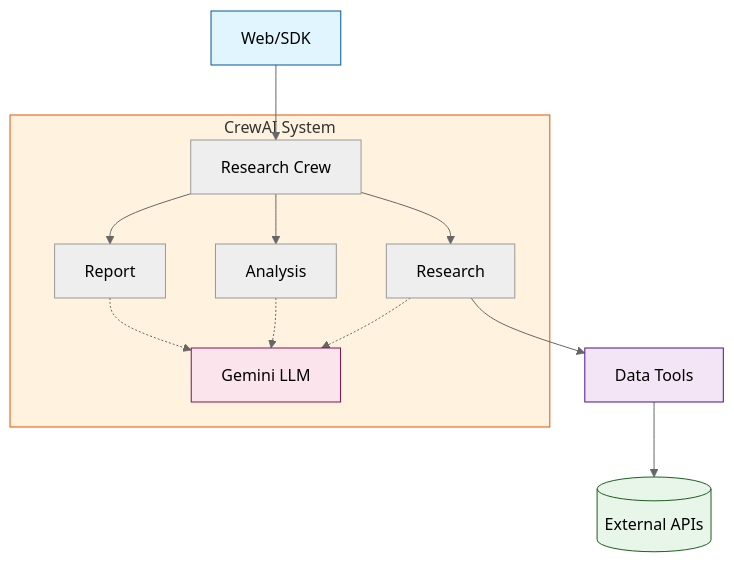
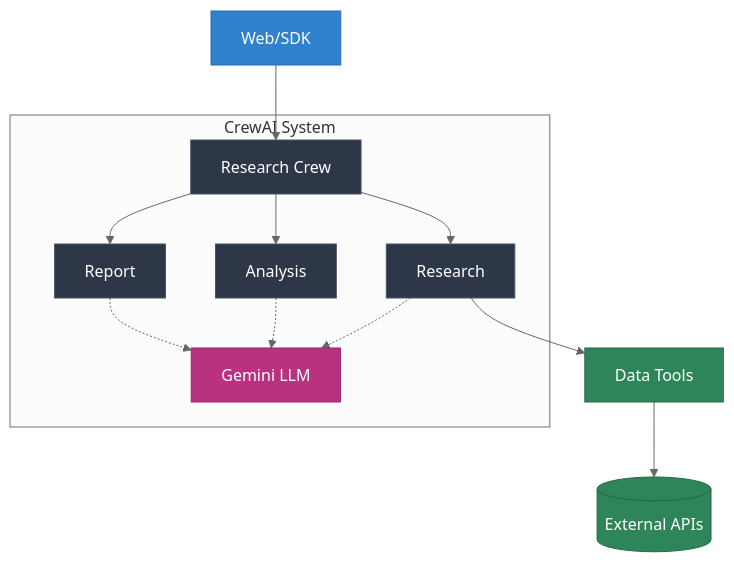
The diagram in docs/introduction.mdx (pratik-dani/company-research-ai-agent), drawn with Mermaid (neutral theme) before and after one commit.

````diff
--- a/docs/introduction.mdx
+++ b/docs/introduction.mdx
@@ -12,22 +12,27 @@
 ```mermaid
 flowchart TB
     A[Web/SDK] --> B
     
     subgraph crew[CrewAI System]
         B[Research Crew]
         B --> C[Research]
         B --> D[Analysis]
         B --> E[Report]
         
         C & D & E -.-> F[Gemini LLM]
     end
     
     C --> G[Data Tools]
     G --> H[(External APIs)]
     
-    style crew fill:#fff3e0,stroke:#e65100
-    style A fill:#e1f5fe,stroke:#01579b
-    style F fill:#fce4ec,stroke:#880e4f
-    style G fill:#f3e5f5,stroke:#4a148c
-    style H fill:#e8f5e9,stroke:#1b5e20
+    classDef default fill:#2D3748,stroke:#4A5568,color:#fff
+    classDef crew fill:#2D3748,stroke:#4A5568,color:#fff
+    classDef highlight fill:#3182CE,stroke:#2B6CB0,color:#fff
+    classDef llm fill:#B83280,stroke:#97266D,color:#fff
+    classDef api fill:#2F855A,stroke:#276749,color:#fff
+    
+    class A highlight
+    class B,C,D,E crew
+    class F llm
+    class G,H api
 ```
````
